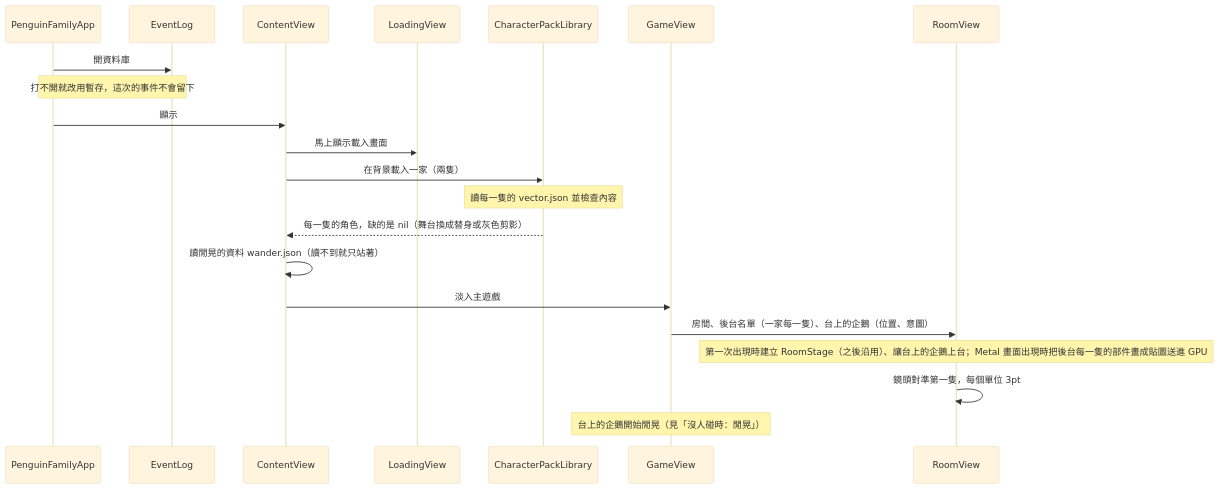
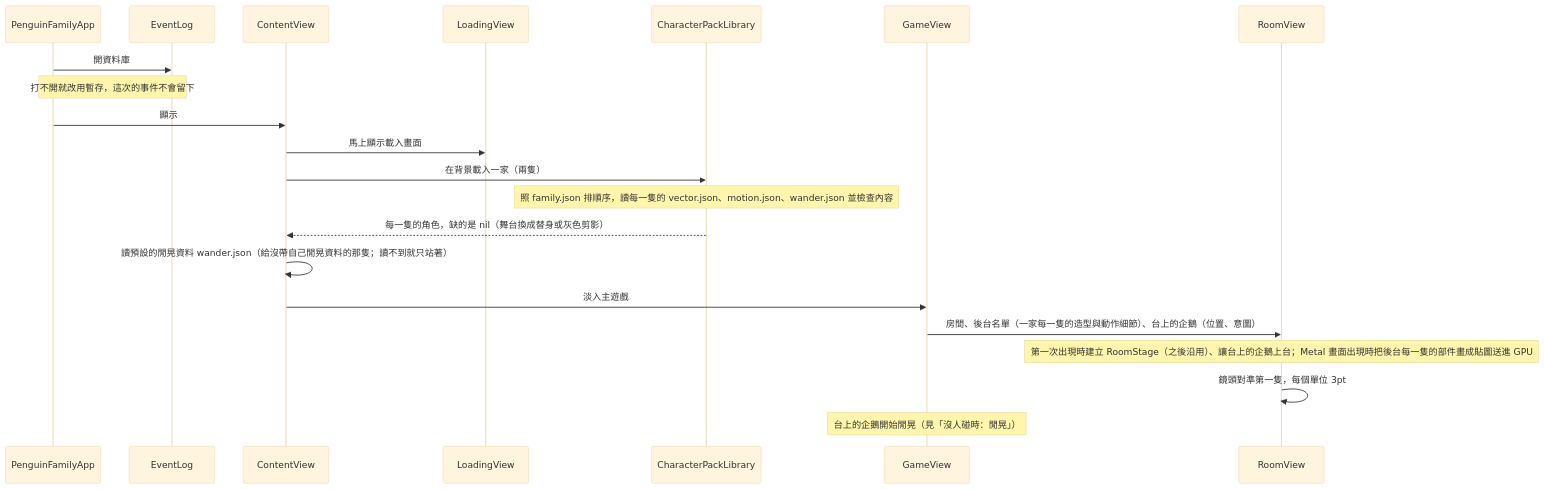
Before and after one commit to CBHeng/penguin-family: the second of 5 diagrams in docs/code-map.md, drawn with Mermaid (base theme). The commit also changed other lines of this file and 19 other files, not shown here.

````diff
--- a/docs/code-map.md
+++ b/docs/code-map.md
@@ -184,24 +186,24 @@
 ```mermaid
 sequenceDiagram
     participant App as PenguinFamilyApp
     participant Log as EventLog
     participant CV as ContentView
     participant LV as LoadingView
     participant Lib as CharacterPackLibrary
     participant GV as GameView
     participant RV as RoomView
 
     App->>Log: 開資料庫
     Note over App,Log: 打不開就改用暫存，這次的事件不會留下
     App->>CV: 顯示
     CV->>LV: 馬上顯示載入畫面
     CV->>Lib: 在背景載入一家（兩隻）
-    Note over Lib: 讀每一隻的 vector.json 並檢查內容
+    Note over Lib: 照 family.json 排順序，讀每一隻的 vector.json、motion.json、wander.json 並檢查內容
     Lib-->>CV: 每一隻的角色，缺的是 nil（舞台換成替身或灰色剪影）
-    CV->>CV: 讀閒晃的資料 wander.json（讀不到就只站著）
+    CV->>CV: 讀預設的閒晃資料 wander.json（給沒帶自己閒晃資料的那隻；讀不到就只站著）
     CV->>GV: 淡入主遊戲
-    GV->>RV: 房間、後台名單（一家每一隻）、台上的企鵝（位置、意圖）
+    GV->>RV: 房間、後台名單（一家每一隻的造型與動作細節）、台上的企鵝（位置、意圖）
     Note over RV: 第一次出現時建立 RoomStage（之後沿用）、讓台上的企鵝上台；Metal 畫面出現時把後台每一隻的部件畫成貼圖送進 GPU
     RV->>RV: 鏡頭對準第一隻，每個單位 3pt
     Note over GV: 台上的企鵝開始閒晃（見「沒人碰時：閒晃」）
 ```
````
